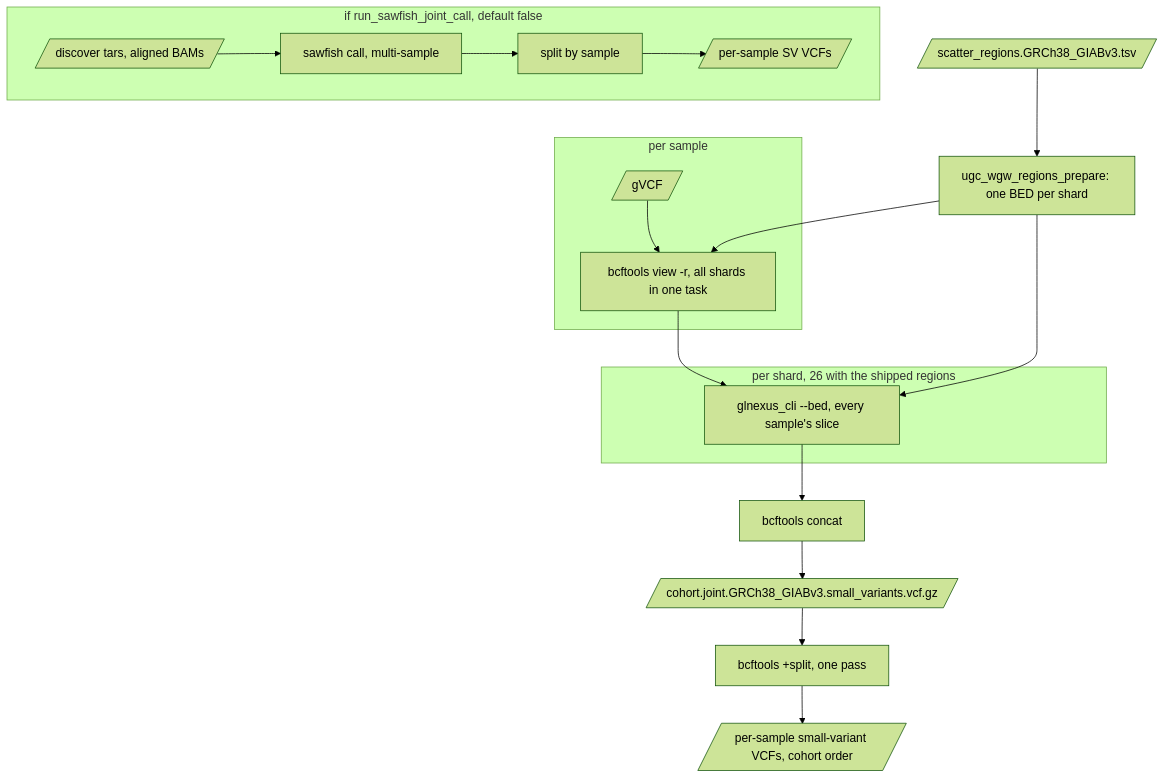
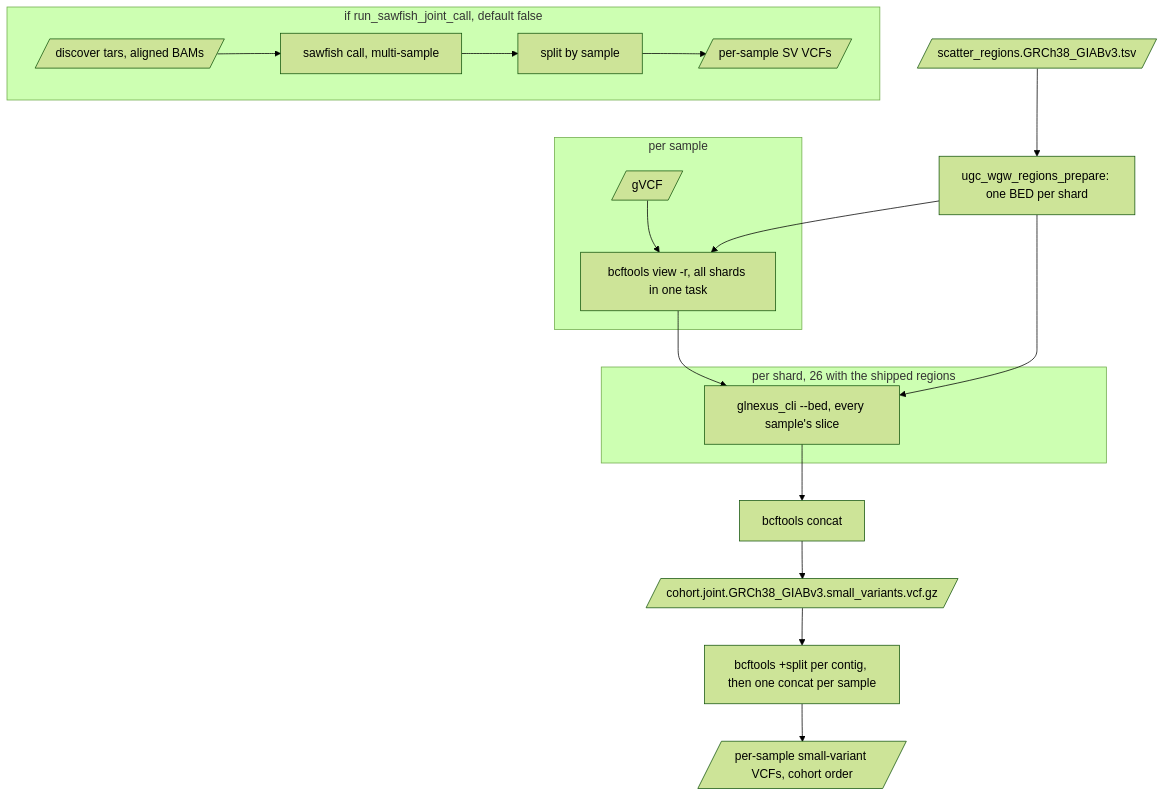
The third of 10 diagrams in docs/guide/08-stages.md (UppsalaGenomeCenter/ugc-wgw), drawn with Mermaid (forest theme) before and after one commit. The commit also changed 12 other files, not shown here.

````diff
--- a/docs/guide/08-stages.md
+++ b/docs/guide/08-stages.md
@@ -119,18 +119,18 @@
 ```mermaid
 flowchart TD
   regions[/"scatter_regions.GRCh38_GIABv3.tsv"/] --> prep["ugc_wgw_regions_prepare: one BED per shard"]
   subgraph slice["per sample"]
     gv[/"gVCF"/] --> sl["bcftools view -r, all shards in one task"]
   end
   prep --> sl
   subgraph shard["per shard, 26 with the shipped regions"]
     gl["glnexus_cli --bed, every sample's slice"]
   end
   sl --> gl
   prep --> gl
   gl --> concat["bcftools concat"] --> cvcf[/"cohort.joint.GRCh38_GIABv3.small_variants.vcf.gz"/]
-  cvcf --> split["bcftools +split, one pass"] --> per[/"per-sample small-variant VCFs, cohort order"/]
+  cvcf --> split["bcftools +split per contig, then one concat per sample"] --> per[/"per-sample small-variant VCFs, cohort order"/]
   subgraph sv["if run_sawfish_joint_call, default false"]
     tars[/"discover tars, aligned BAMs"/] --> sc["sawfish call, multi-sample"] --> ssplit["split by sample"] --> psv[/"per-sample SV VCFs"/]
   end
 ```
````
